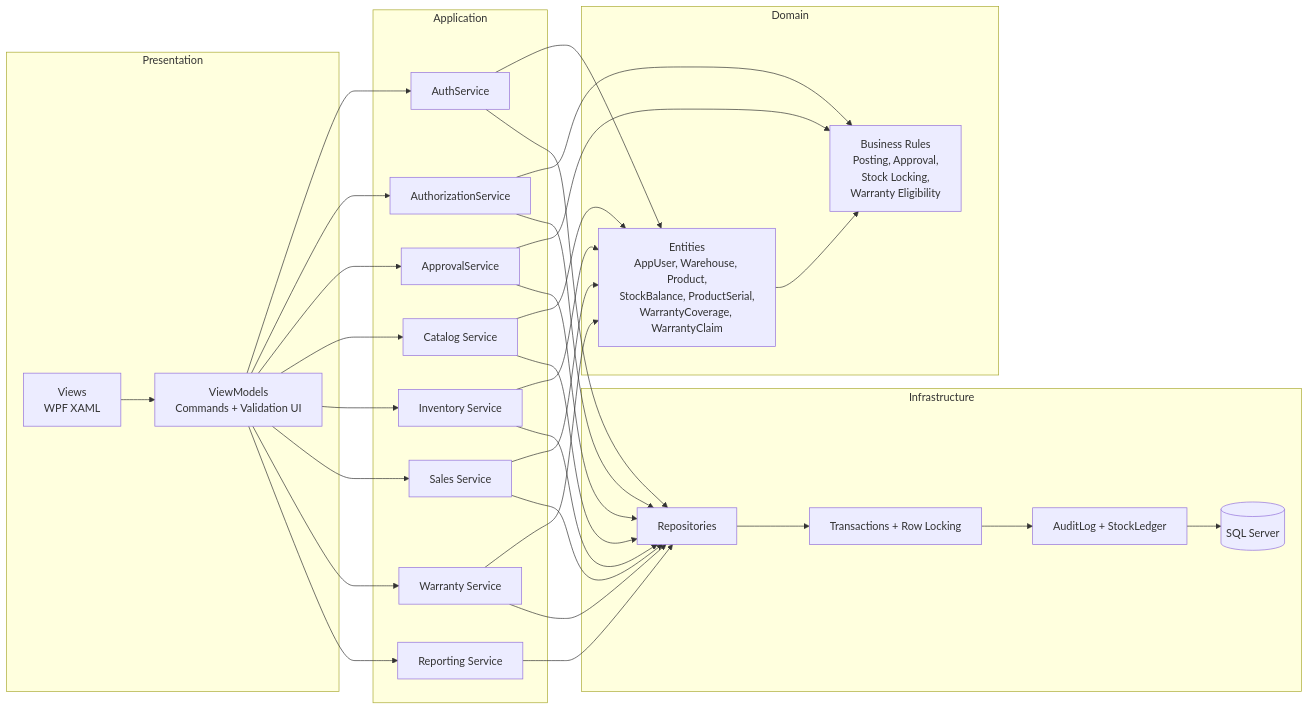
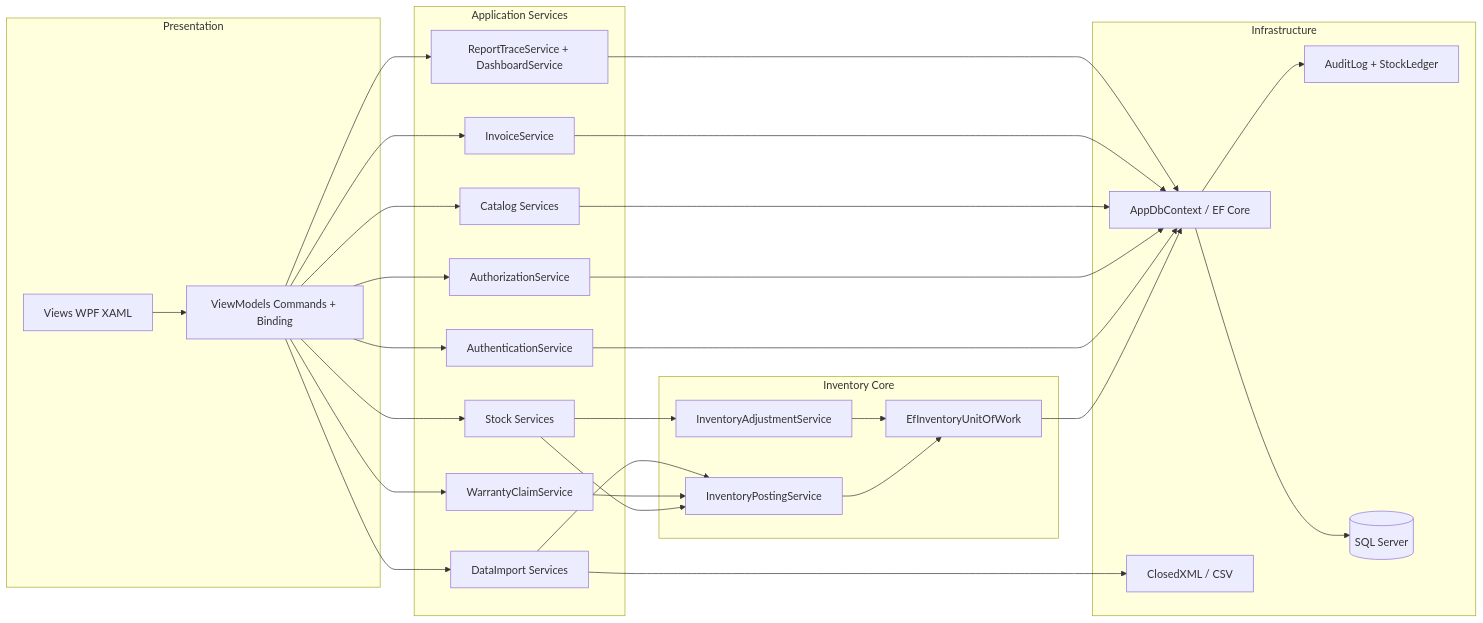
One commit to TheGiver262/WarePro changed the first of 18 diagrams in Diagram/warehouse_management_vi_senior_reviewed_mermaid.md. Above: the diagram before and after it, drawn with Mermaid. The commit also changed other lines of this file and 98 other files, not shown here.

Commit message:
docs: refresh project diagrams

````diff
--- a/Diagram/warehouse_management_vi_senior_reviewed_mermaid.md
+++ b/Diagram/warehouse_management_vi_senior_reviewed_mermaid.md
@@ -20,61 +20,56 @@
 ```mermaid
 flowchart LR
-    subgraph Presentation["Presentation"]
-        View["Views<br/>WPF XAML"]
-        VM["ViewModels<br/>Commands + Validation UI"]
+    subgraph Presentation[Presentation]
+        View[Views WPF XAML]
+        VM[ViewModels Commands + Binding]
     end
 
-    subgraph Application["Application"]
-        Auth["AuthService"]
-        Authorization["AuthorizationService"]
-        Approval["ApprovalService"]
-        Catalog["Catalog Service"]
-        Inventory["Inventory Service"]
-        Sales["Sales Service"]
-        Warranty["Warranty Service"]
-        Report["Reporting Service"]
+    subgraph Application[Application Services]
+        Auth[AuthenticationService]
+        Authorization[AuthorizationService]
+        Catalog[Catalog Services]
+        Inventory[Stock Services]
+        Sales[InvoiceService]
+        Warranty[WarrantyClaimService]
+        Report[ReportTraceService + DashboardService]
+        Import[DataImport Services]
     end
 
-    subgraph Domain["Domain"]
-        Entities["Entities<br/>AppUser, Warehouse, Product,<br/>StockBalance, ProductSerial,<br/>WarrantyCoverage, WarrantyClaim"]
-        Rules["Business Rules<br/>Posting, Approval,<br/>Stock Locking,<br/>Warranty Eligibility"]
+    subgraph InventoryCore[Inventory Core]
+        Posting[InventoryPostingService]
+        Adjustment[InventoryAdjustmentService]
+        Uow[EfInventoryUnitOfWork]
     end
 
-    subgraph Infrastructure["Infrastructure"]
-        Repo["Repositories"]
-        Tx["Transactions + Row Locking"]
-        Audit["AuditLog + StockLedger"]
-        DB[("SQL Server")]
+    subgraph Infrastructure[Infrastructure]
+        Db[AppDbContext / EF Core]
+        FileLib[ClosedXML / CSV]
+        Audit[AuditLog + StockLedger]
+        DB[(SQL Server)]
     end
 
     View --> VM
     VM --> Auth
     VM --> Authorization
-    VM --> Approval
     VM --> Catalog
     VM --> Inventory
     VM --> Sales
     VM --> Warranty
     VM --> Report
-
-    Auth --> Entities
-    Authorization --> Rules
-    Approval --> Rules
-    Catalog --> Entities
-    Inventory --> Entities
-    Sales --> Entities
-    Warranty --> Entities
-    Entities --> Rules
-
-    Auth --> Repo
-    Authorization --> Repo
-    Approval --> Repo
-    Catalog --> Repo
-    Inventory --> Repo
-    Sales --> Repo
-    Warranty --> Repo
-    Report --> Repo
-    Repo --> Tx
-    Tx --> Audit
-    Audit --> DB
+    VM --> Import
+    Inventory --> Posting
+    Inventory --> Adjustment
+    Warranty --> Posting
+    Import --> Posting
+    Posting --> Uow
+    Adjustment --> Uow
+    Uow --> Db
+    Auth --> Db
+    Authorization --> Db
+    Catalog --> Db
+    Sales --> Db
+    Report --> Db
+    Import --> FileLib
+    Db --> Audit
+    Db --> DB
 ```
````
